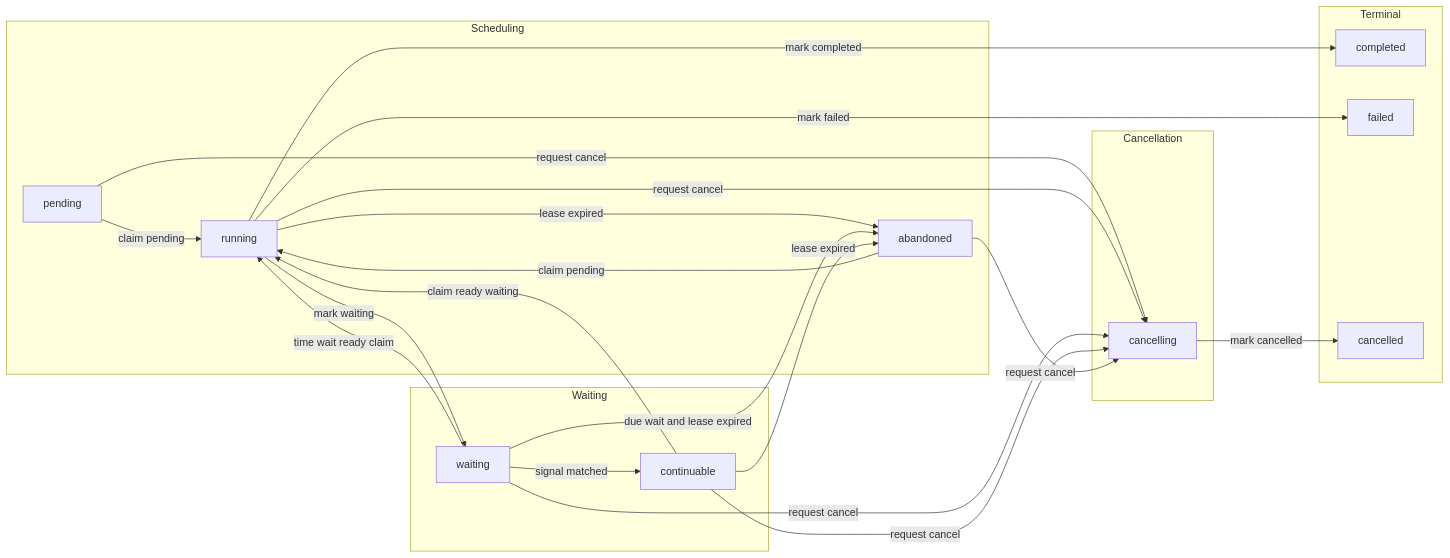
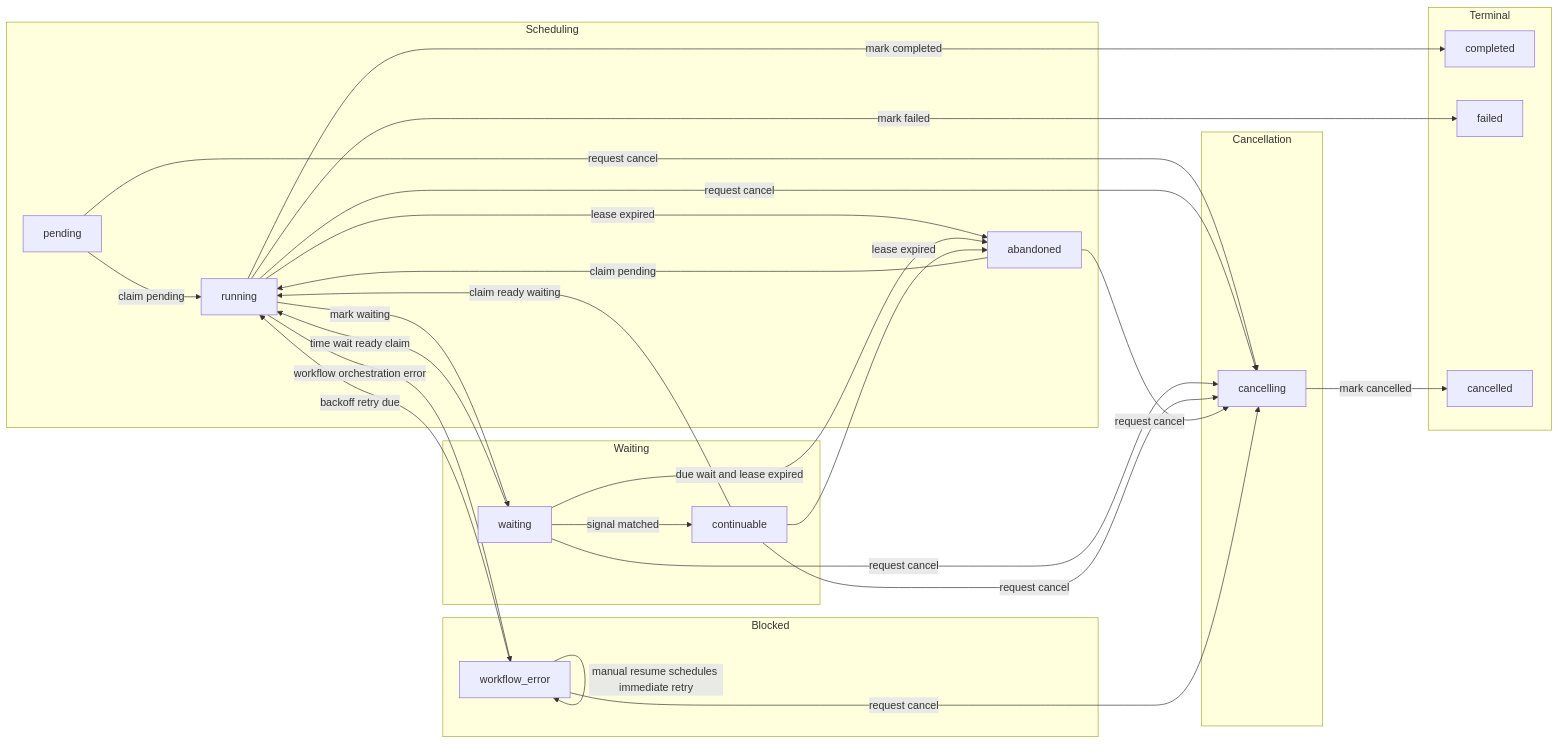
Before and after one commit to endurant-engine/endurant: the diagram in docs/state_machine.md, drawn with Mermaid. The commit also changed 12 other files, not shown here.

Commit message:
Add auto-retry for workflow errors

````diff
--- a/docs/state_machine.md
+++ b/docs/state_machine.md
@@ -3,44 +3,53 @@
 ```mermaid
 flowchart LR
   subgraph Scheduling
     pending
     running
     abandoned
+  end
+
+  subgraph Blocked
+    workflow_error
   end
 
   subgraph Waiting
     waiting
     continuable
   end
 
   subgraph Cancellation
     cancelling
   end
 
   subgraph Terminal
     completed
     failed
     cancelled
   end
 
   pending -->|claim pending| running
   abandoned -->|claim pending| running
   running -->|lease expired| abandoned
 
   running -->|mark waiting| waiting
   waiting -->|signal matched| continuable
   waiting -->|time wait ready claim| running
   continuable -->|claim ready waiting| running
   waiting -->|due wait and lease expired| abandoned
   continuable -->|lease expired| abandoned
 
+  running -->|workflow orchestration error| workflow_error
+  workflow_error -->|backoff retry due| running
+  workflow_error -->|manual resume schedules immediate retry| workflow_error
+
   pending -->|request cancel| cancelling
   running -->|request cancel| cancelling
   waiting -->|request cancel| cancelling
   continuable -->|request cancel| cancelling
   abandoned -->|request cancel| cancelling
+  workflow_error -->|request cancel| cancelling
   cancelling -->|mark cancelled| cancelled
 
   running -->|mark completed| completed
   running -->|mark failed| failed
 ```
````
